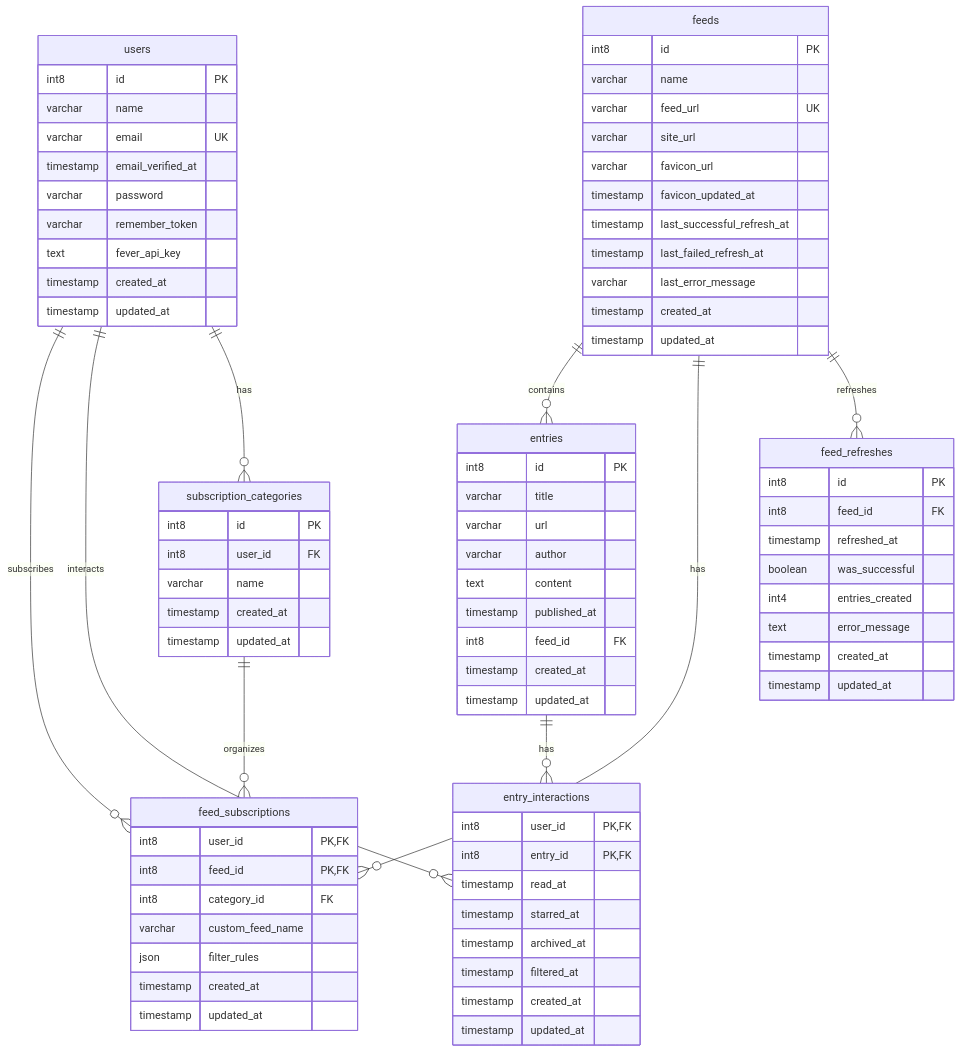
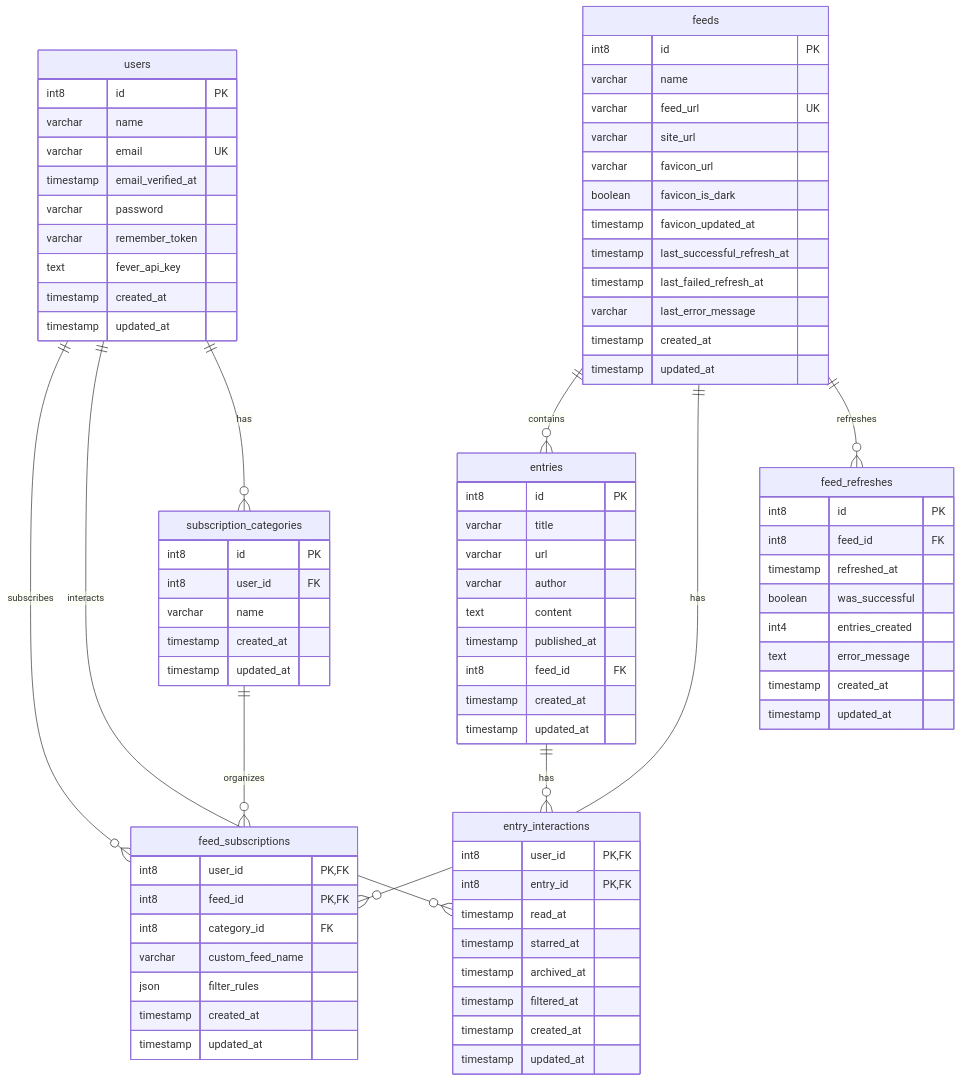
Before and after one commit to angristan/larafeed: the diagram in README.md, drawn with Mermaid. The commit also changed other lines of this file, not shown here.

Commit message:
Document dark favicon detection in README

```diff
--- a/README.md
+++ b/README.md
@@ -86,6 +86,7 @@
         varchar feed_url UK
         varchar site_url
         varchar favicon_url
+        boolean favicon_is_dark
         timestamp favicon_updated_at
         timestamp last_successful_refresh_at
         timestamp last_failed_refresh_at
```
